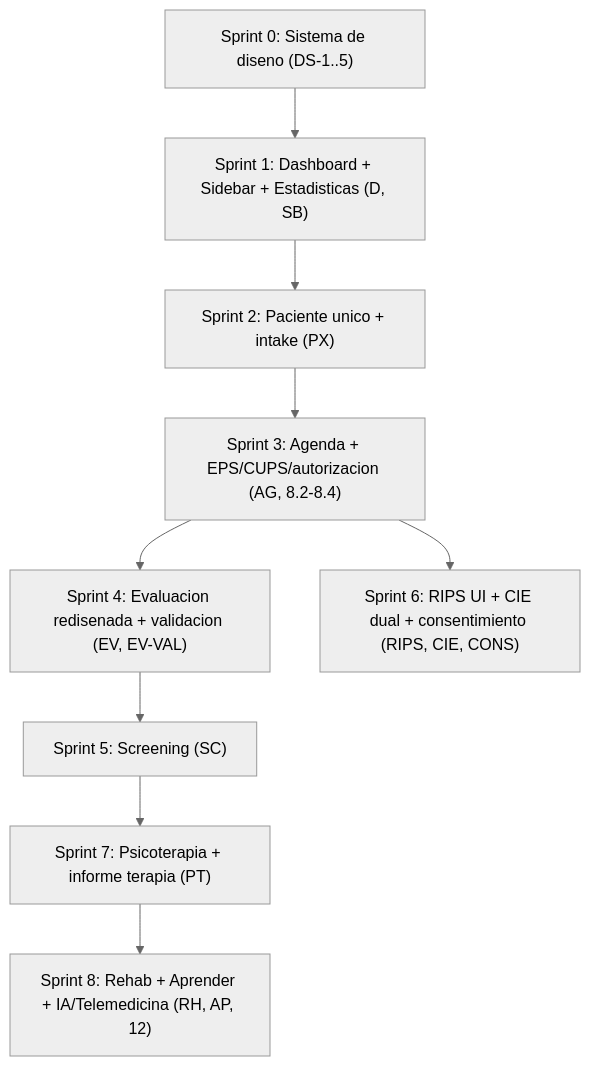
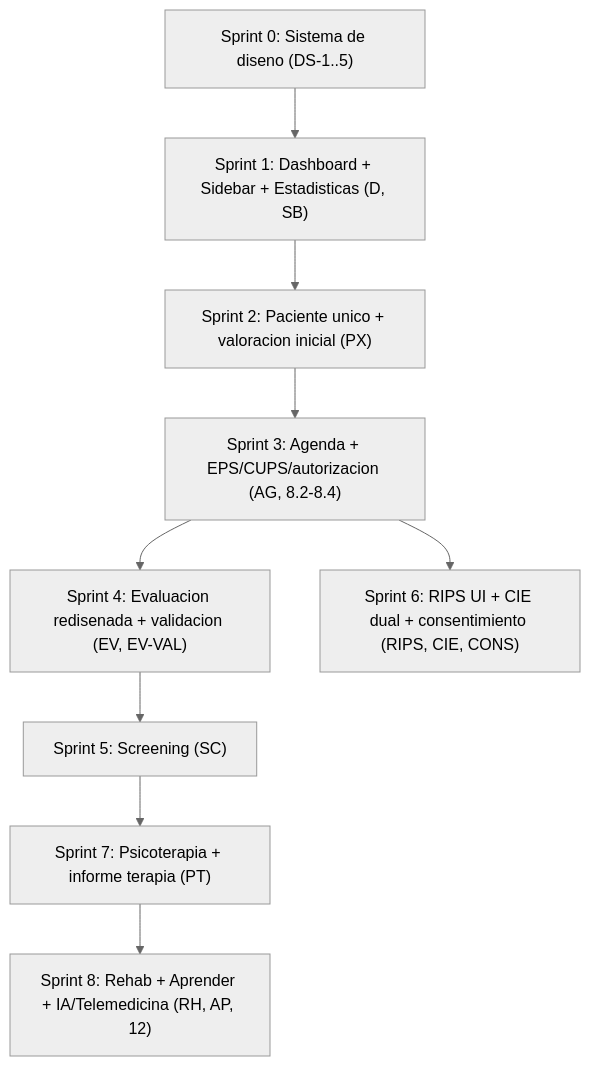
Before and after one commit to mrhyde42098/NeuroSoft: the seventh of 7 diagrams in PLAN_MAESTRO_DESARROLLO.md, drawn with Mermaid (neutral theme). The commit also changed other lines of this file and 177 other files, not shown here.

````diff
--- a/PLAN_MAESTRO_DESARROLLO.md
+++ b/PLAN_MAESTRO_DESARROLLO.md
@@ -503,11 +503,11 @@
 ```mermaid
 flowchart TB
   S0["Sprint 0: Sistema de diseno (DS-1..5)"] --> S1["Sprint 1: Dashboard + Sidebar + Estadisticas (D, SB)"]
-  S1 --> S2["Sprint 2: Paciente unico + intake (PX)"]
+  S1 --> S2["Sprint 2: Paciente unico + valoracion inicial (PX)"]
   S2 --> S3["Sprint 3: Agenda + EPS/CUPS/autorizacion (AG, 8.2-8.4)"]
   S3 --> S4["Sprint 4: Evaluacion redisenada + validacion (EV, EV-VAL)"]
   S4 --> S5["Sprint 5: Screening (SC)"]
   S3 --> S6["Sprint 6: RIPS UI + CIE dual + consentimiento (RIPS, CIE, CONS)"]
   S5 --> S7["Sprint 7: Psicoterapia + informe terapia (PT)"]
   S7 --> S8["Sprint 8: Rehab + Aprender + IA/Telemedicina (RH, AP, 12)"]
 ```
````
